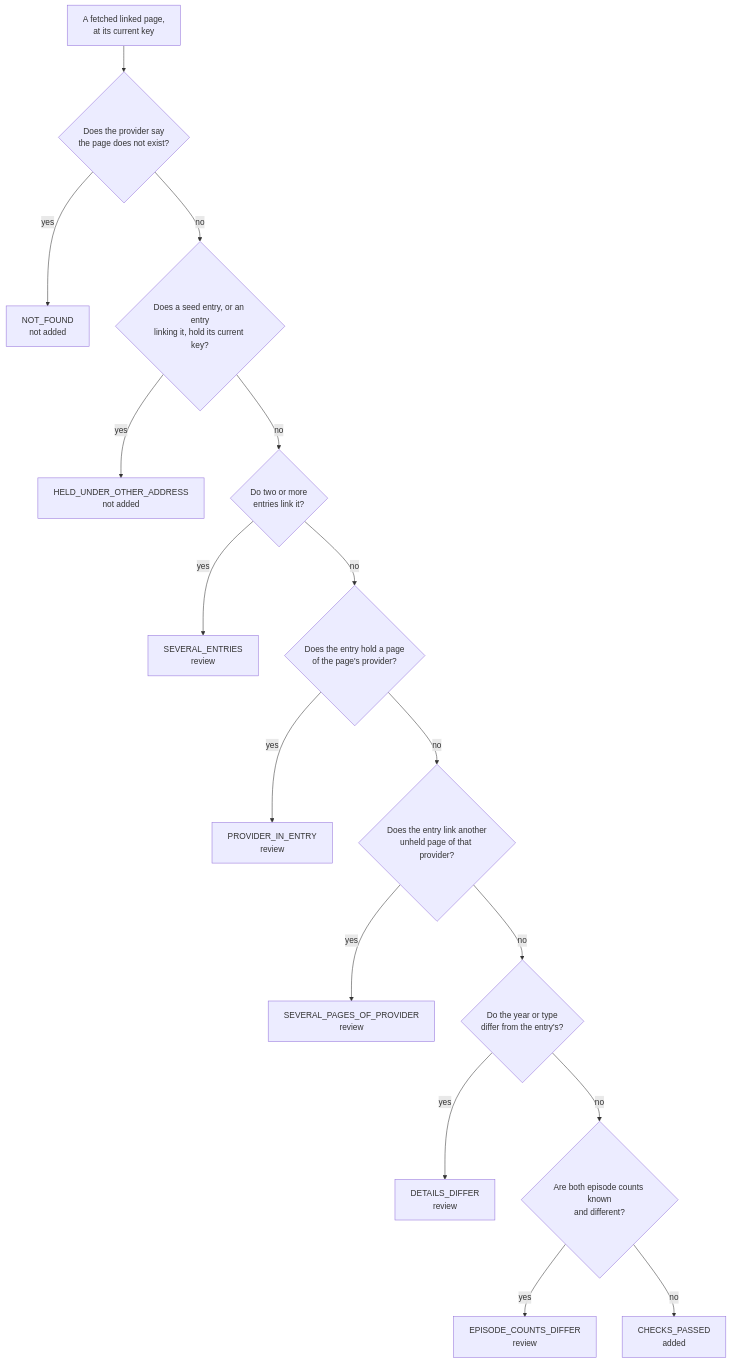
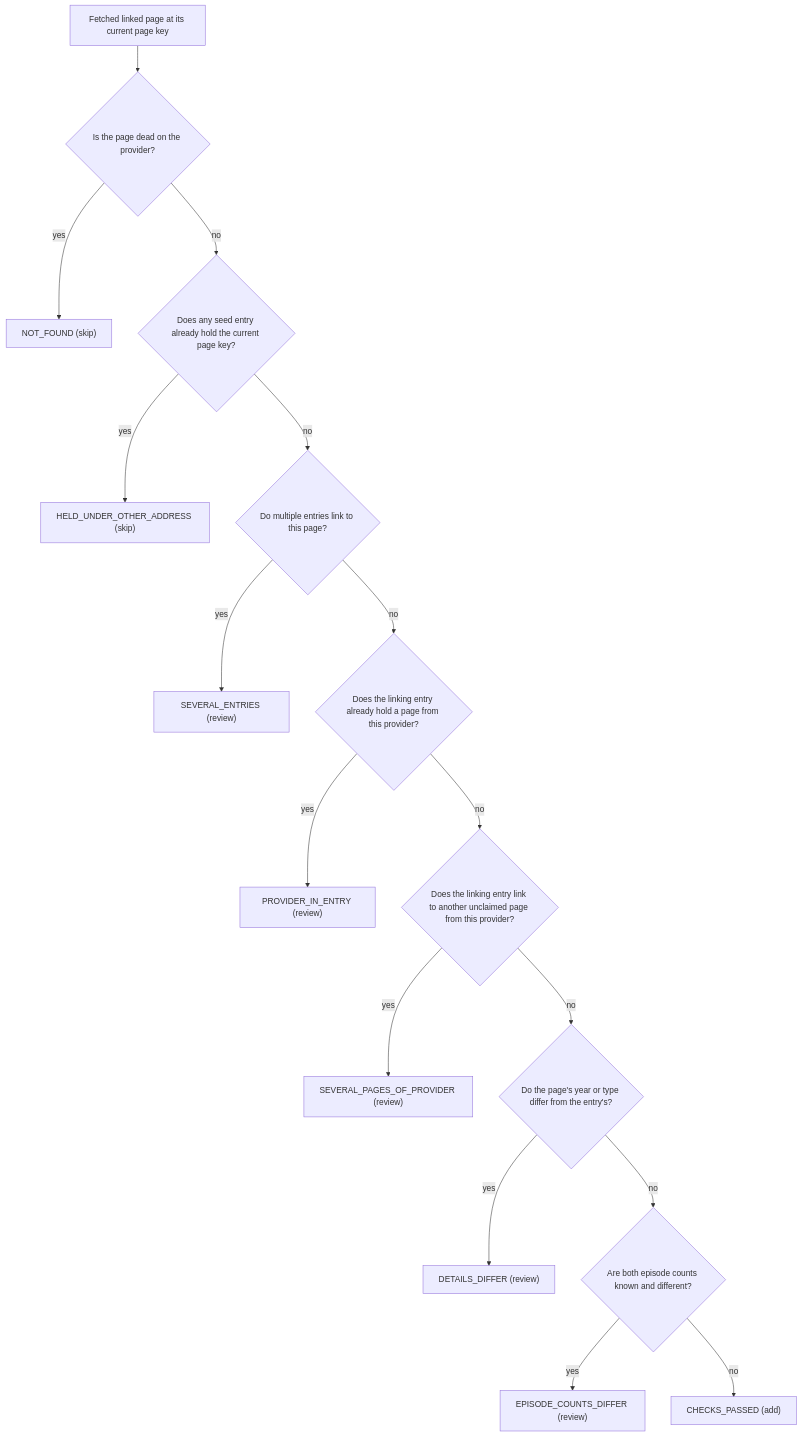
One commit to adnanaq/echora changed the fifth of 5 diagrams in libs/work_matching/README.md. Above: the diagram before and after it, drawn with Mermaid. The commit also changed other lines of this file and 185 other files, not shown here.

First line of the commit message:
feat(ECHO-79): Let an "other work" answer name the seed entry the page moves to (#64)

````diff
--- a/libs/work_matching/README.md
+++ b/libs/work_matching/README.md
@@ -638,18 +670,18 @@
 ```mermaid
 flowchart TD
-    start[A fetched linked page,<br/>at its current key] --> dead{Does the provider say<br/>the page does not exist?}
-    dead -- yes --> NOT_FOUND[NOT_FOUND<br/>not added]
-    dead -- no --> held{Does a seed entry, or an entry<br/>linking it, hold its current key?}
-    held -- yes --> HELD_UNDER_OTHER_ADDRESS[HELD_UNDER_OTHER_ADDRESS<br/>not added]
-    held -- no --> several{Do two or more<br/>entries link it?}
-    several -- yes --> SEVERAL_ENTRIES[SEVERAL_ENTRIES<br/>review]
-    several -- no --> provider{Does the entry hold a page<br/>of the page's provider?}
-    provider -- yes --> PROVIDER_IN_ENTRY[PROVIDER_IN_ENTRY<br/>review]
-    provider -- no --> two{Does the entry link another<br/>unheld page of that provider?}
-    two -- yes --> SEVERAL_PAGES_OF_PROVIDER[SEVERAL_PAGES_OF_PROVIDER<br/>review]
-    two -- no --> details{Do the year or type<br/>differ from the entry's?}
-    details -- yes --> DETAILS_DIFFER[DETAILS_DIFFER<br/>review]
-    details -- no --> episodes{Are both episode counts known<br/>and different?}
-    episodes -- yes --> EPISODE_COUNTS_DIFFER[EPISODE_COUNTS_DIFFER<br/>review]
-    episodes -- no --> CHECKS_PASSED[CHECKS_PASSED<br/>added]
+    start["Fetched linked page at its current page key"] --> dead{"Is the page dead on the provider?"}
+    dead -- "yes" --> NOT_FOUND["NOT_FOUND (skip)"]
+    dead -- "no" --> held{"Does any seed entry already hold the current page key?"}
+    held -- "yes" --> HELD_UNDER_OTHER_ADDRESS["HELD_UNDER_OTHER_ADDRESS (skip)"]
+    held -- "no" --> several{"Do multiple entries link to this page?"}
+    several -- "yes" --> SEVERAL_ENTRIES["SEVERAL_ENTRIES (review)"]
+    several -- "no" --> provider{"Does the linking entry already hold a page from this provider?"}
+    provider -- "yes" --> PROVIDER_IN_ENTRY["PROVIDER_IN_ENTRY (review)"]
+    provider -- "no" --> two{"Does the linking entry link to another unclaimed page from this provider?"}
+    two -- "yes" --> SEVERAL_PAGES_OF_PROVIDER["SEVERAL_PAGES_OF_PROVIDER (review)"]
+    two -- "no" --> details{"Do the page's year or type differ from the entry's?"}
+    details -- "yes" --> DETAILS_DIFFER["DETAILS_DIFFER (review)"]
+    details -- "no" --> episodes{"Are both episode counts known and different?"}
+    episodes -- "yes" --> EPISODE_COUNTS_DIFFER["EPISODE_COUNTS_DIFFER (review)"]
+    episodes -- "no" --> CHECKS_PASSED["CHECKS_PASSED (add)"]
 ```
````
